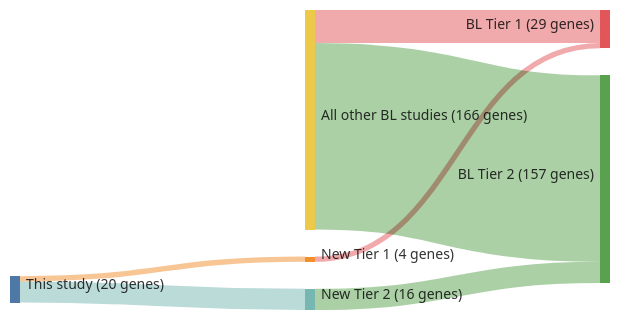
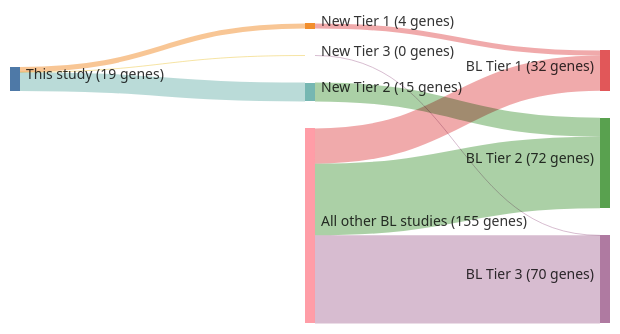
The diagram in papers/schmitzBurkittLymphomaPathogenesis2012.md (morinlab/lymphopedia), drawn with Mermaid before and after one commit. The commit also changed other lines of this file and 81 other files, not shown here.

````diff
--- a/papers/schmitzBurkittLymphomaPathogenesis2012.md
+++ b/papers/schmitzBurkittLymphomaPathogenesis2012.md
@@ -13,20 +12,23 @@
 ```mermaid
 ---
 config:
     sankey:
         showValues: true
         linkColor: target
         width: 600
         height: 300
         nodeAlignment: right
         prefix: '('
         suffix: ' genes)'
 ---
 sankey-beta
 This study, New Tier 1, 4
 New Tier 1, BL Tier 1, 4
-This study, New Tier 2, 16
-New Tier 2, BL Tier 2, 16
-All other BL studies, BL Tier 1, 25
-All other BL studies, BL Tier 2, 141
+This study, New Tier 2, 15
+New Tier 2, BL Tier 2, 15
+This study, New Tier 3, 0
+New Tier 3, BL Tier 3, 0
+All other BL studies, BL Tier 1, 28
+All other BL studies, BL Tier 2, 57
+All other BL studies, BL Tier 3, 70
 ```
````
